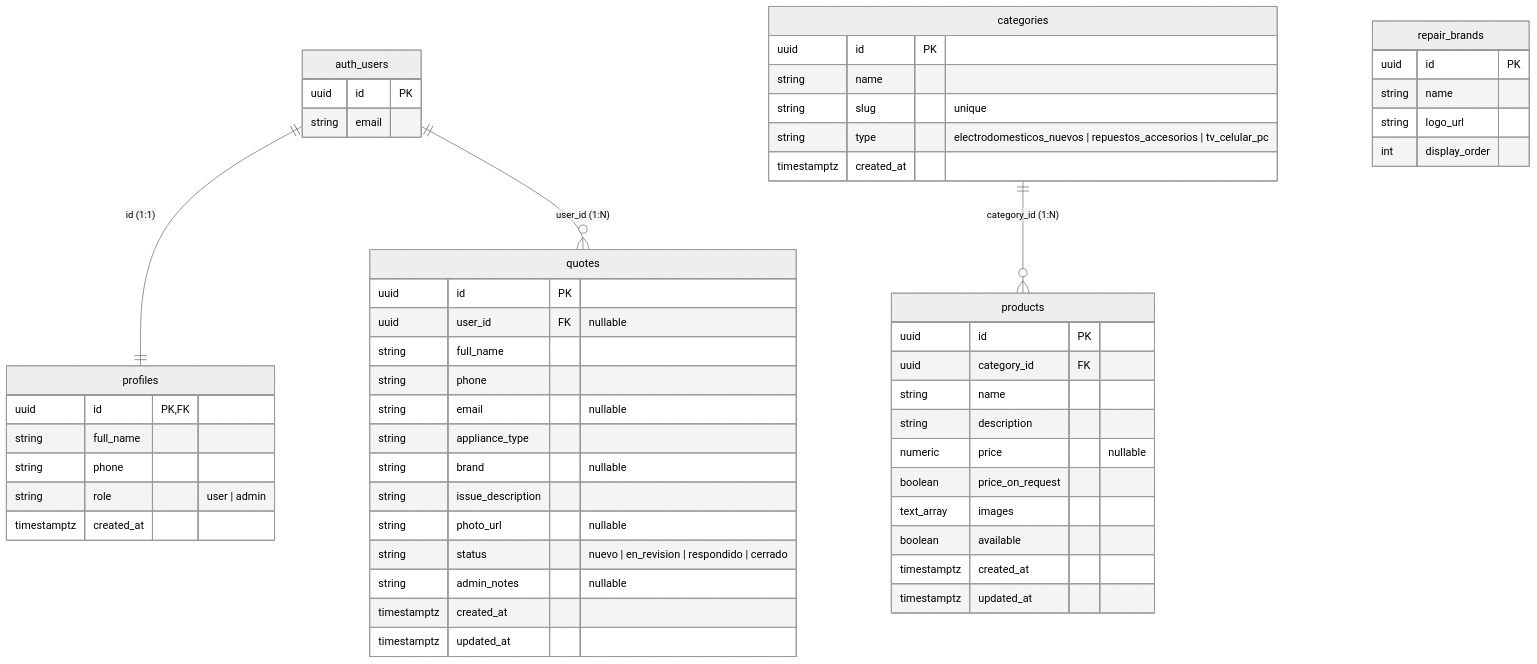
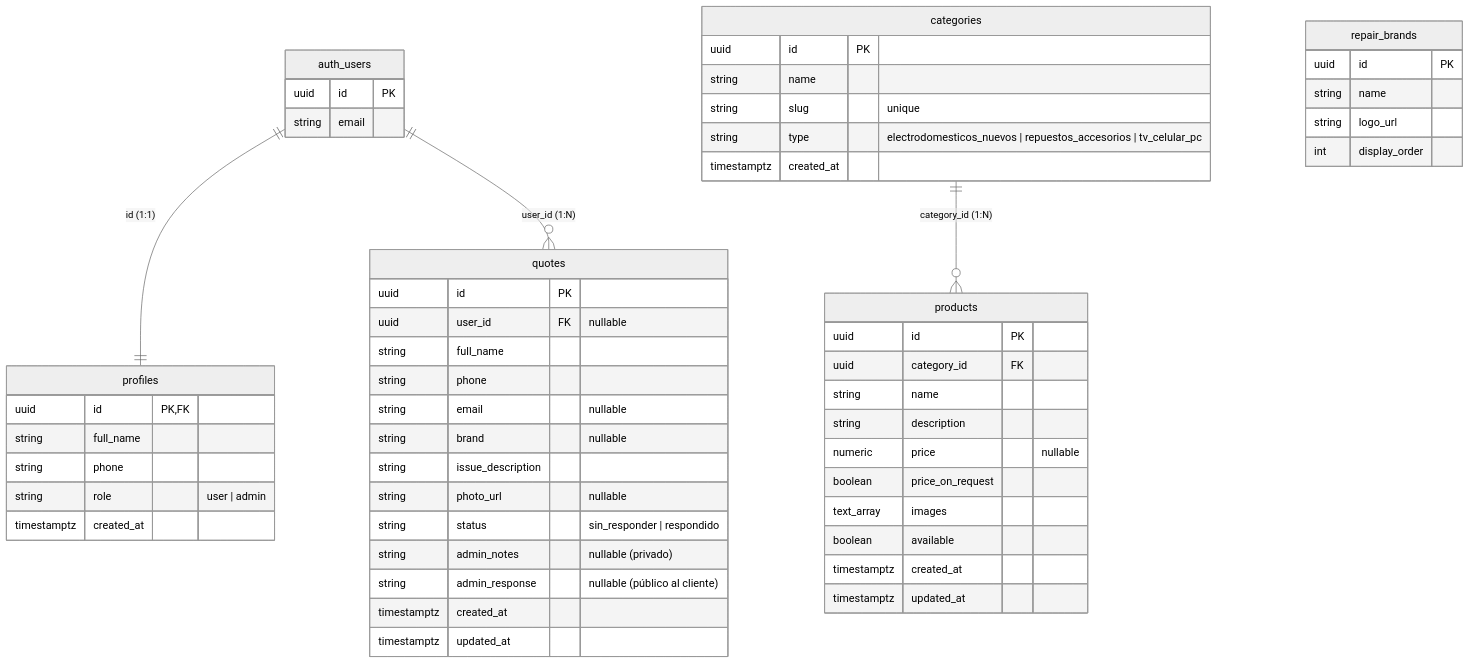
One commit to sartechdev/saba-multiservice changed the diagram in backend/README.md. Above: the diagram before and after it, drawn with Mermaid (neutral theme). The commit also changed 9 other files, not shown here.

````diff
--- a/backend/README.md
+++ b/backend/README.md
@@ -11,58 +11,58 @@
 ```mermaid
 erDiagram
     auth_users {
         uuid id PK
         string email
     }
     profiles {
         uuid id PK, FK
         string full_name
         string phone
         string role "user | admin"
         timestamptz created_at
     }
     categories {
         uuid id PK
         string name
         string slug "unique"
         string type "electrodomesticos_nuevos | repuestos_accesorios | tv_celular_pc"
         timestamptz created_at
     }
     products {
         uuid id PK
         uuid category_id FK
         string name
         string description
         numeric price "nullable"
         boolean price_on_request
         text_array images
         boolean available
         timestamptz created_at
         timestamptz updated_at
     }
     repair_brands {
         uuid id PK
         string name
         string logo_url
         int display_order
     }
     quotes {
         uuid id PK
         uuid user_id FK "nullable"
         string full_name
         string phone
         string email "nullable"
-        string appliance_type
         string brand "nullable"
         string issue_description
         string photo_url "nullable"
-        string status "nuevo | en_revision | respondido | cerrado"
-        string admin_notes "nullable"
+        string status "sin_responder | respondido"
+        string admin_notes "nullable (privado)"
+        string admin_response "nullable (público al cliente)"
         timestamptz created_at
         timestamptz updated_at
     }
 
     auth_users ||--|| profiles : "id (1:1)"
     auth_users ||--o{ quotes : "user_id (1:N)"
     categories ||--o{ products : "category_id (1:N)"
 ```
````
